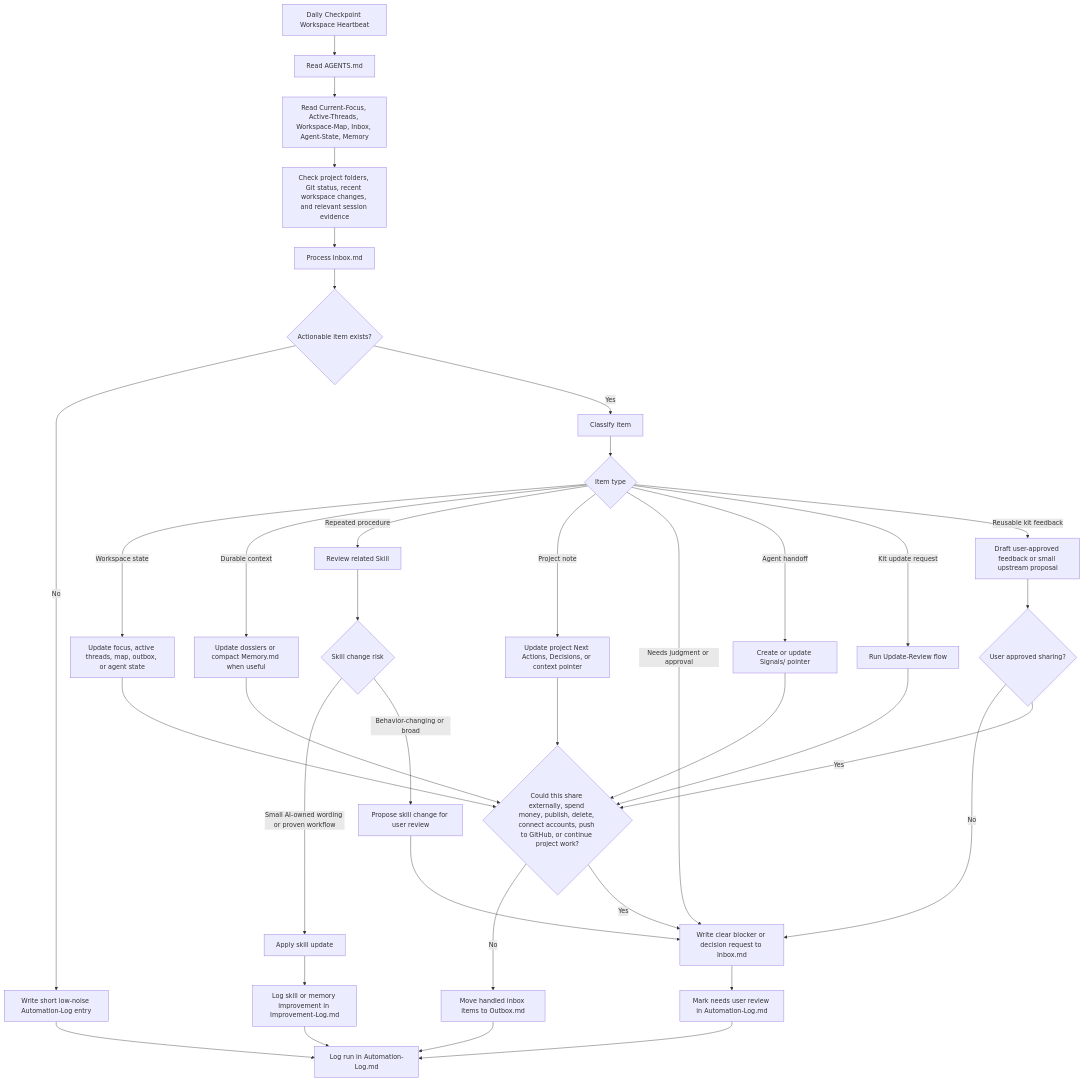
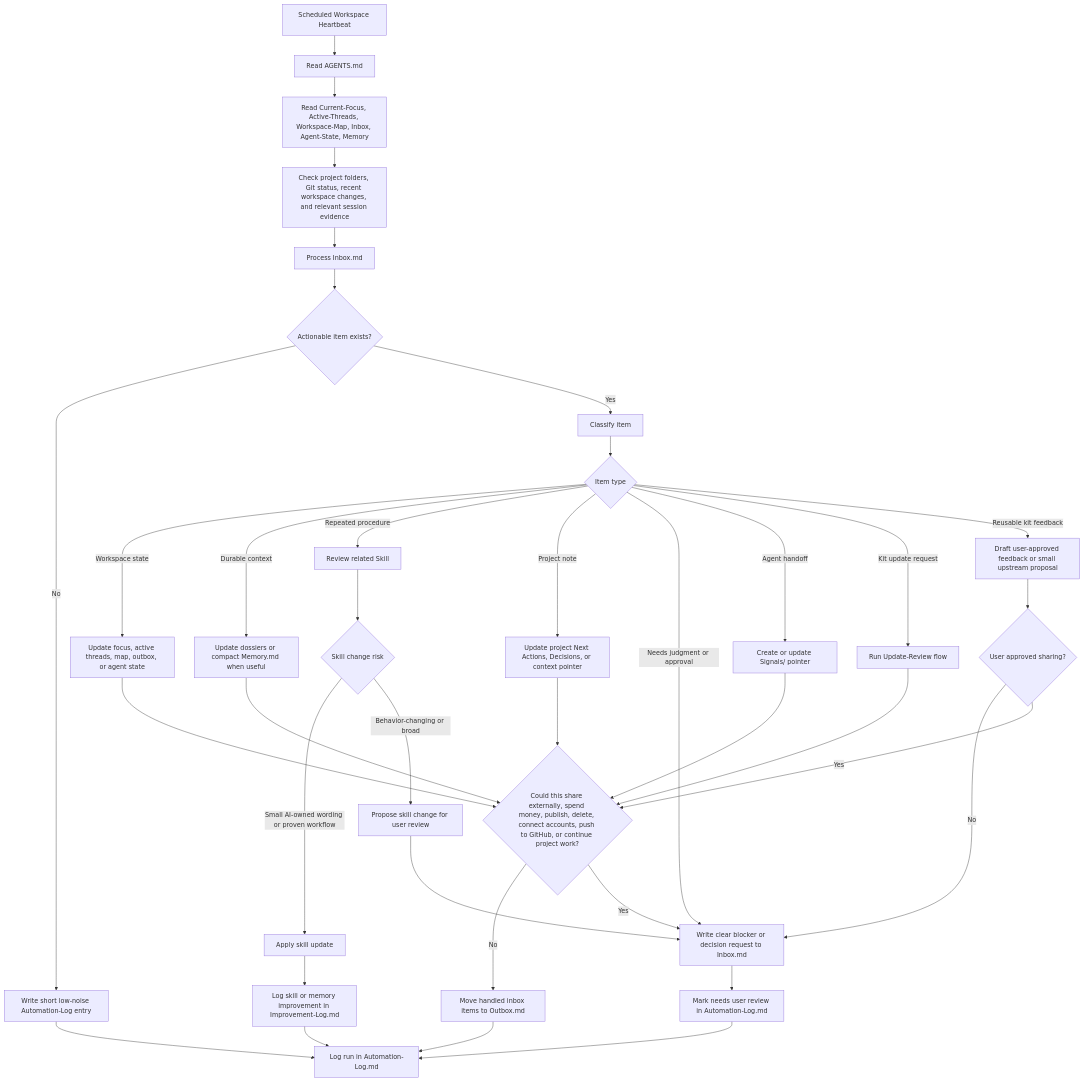
Before and after one commit to V-Andriy/business-ai-starter-kit: the diagram in Architecture/self-improvement-loop.md, drawn with Mermaid. The commit also changed other lines of this file and 41 other files, not shown here.

````diff
--- a/Architecture/self-improvement-loop.md
+++ b/Architecture/self-improvement-loop.md
@@ -8,44 +8,44 @@
 ```mermaid
 flowchart TD
-  Start["Daily Checkpoint Workspace Heartbeat"] --> ReadRules["Read AGENTS.md"]
+  Start["Scheduled Workspace Heartbeat"] --> ReadRules["Read AGENTS.md"]
   ReadRules --> ReadState["Read Current-Focus, Active-Threads, Workspace-Map, Inbox, Agent-State, Memory"]
   ReadState --> DetectChanges["Check project folders, Git status, recent workspace changes, and relevant session evidence"]
   DetectChanges --> ProcessInbox["Process Inbox.md"]
 
   ProcessInbox --> Item{"Actionable item exists?"}
   Item -- "No" --> Quiet["Write short low-noise Automation-Log entry"]
   Item -- "Yes" --> Classify["Classify item"]
 
   Classify --> ItemType{"Item type"}
   ItemType -- "Workspace state" --> StateUpdate["Update focus, active threads, map, outbox, or agent state"]
   ItemType -- "Durable context" --> MemoryUpdate["Update dossiers or compact Memory.md when useful"]
   ItemType -- "Repeated procedure" --> SkillReview["Review related Skill"]
   ItemType -- "Project note" --> ProjectNote["Update project Next Actions, Decisions, or context pointer"]
   ItemType -- "Needs judgment or approval" --> DecisionNote["Write clear blocker or decision request to Inbox.md"]
   ItemType -- "Agent handoff" --> Signal["Create or update Signals/ pointer"]
   ItemType -- "Kit update request" --> UpdateReview["Run Update-Review flow"]
   ItemType -- "Reusable kit feedback" --> KitFeedback["Draft user-approved feedback or small upstream proposal"]
 
   SkillReview --> SkillRisk{"Skill change risk"}
   SkillRisk -- "Small AI-owned wording or proven workflow" --> SkillApply["Apply skill update"]
   SkillRisk -- "Behavior-changing or broad" --> SkillPropose["Propose skill change for user review"]
 
   StateUpdate --> SafetyCheck{"Could this share externally, spend money, publish, delete, connect accounts, push to GitHub, or continue project work?"}
   MemoryUpdate --> SafetyCheck
   ProjectNote --> SafetyCheck
   Signal --> SafetyCheck
   UpdateReview --> SafetyCheck
   KitFeedback --> Approval{"User approved sharing?"}
   SkillApply --> ImprovementLog["Log skill or memory improvement in Improvement-Log.md"]
   SkillPropose --> DecisionNote
   Approval -- "No" --> DecisionNote
   Approval -- "Yes" --> SafetyCheck
 
   SafetyCheck -- "No" --> Outbox["Move handled inbox items to Outbox.md"]
   SafetyCheck -- "Yes" --> DecisionNote
   DecisionNote --> NeedsReview["Mark needs user review in Automation-Log.md"]
   Outbox --> RunLog["Log run in Automation-Log.md"]
   Quiet --> RunLog
   ImprovementLog --> RunLog
   NeedsReview --> RunLog
 ```
````
